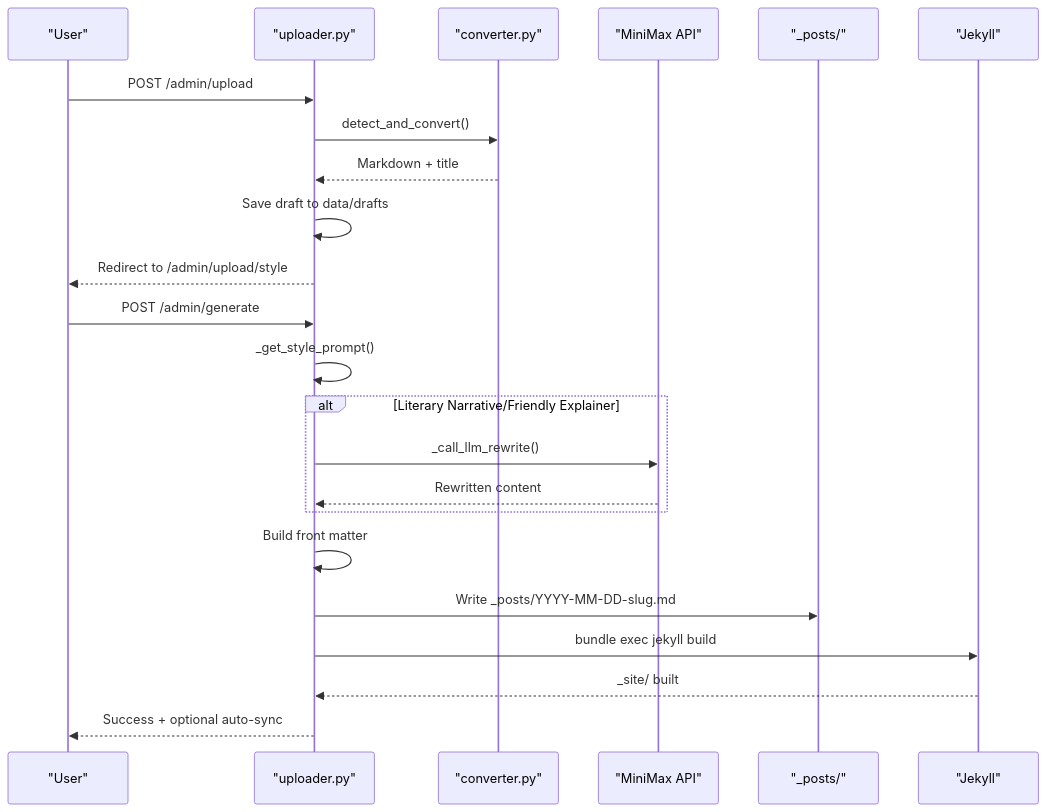
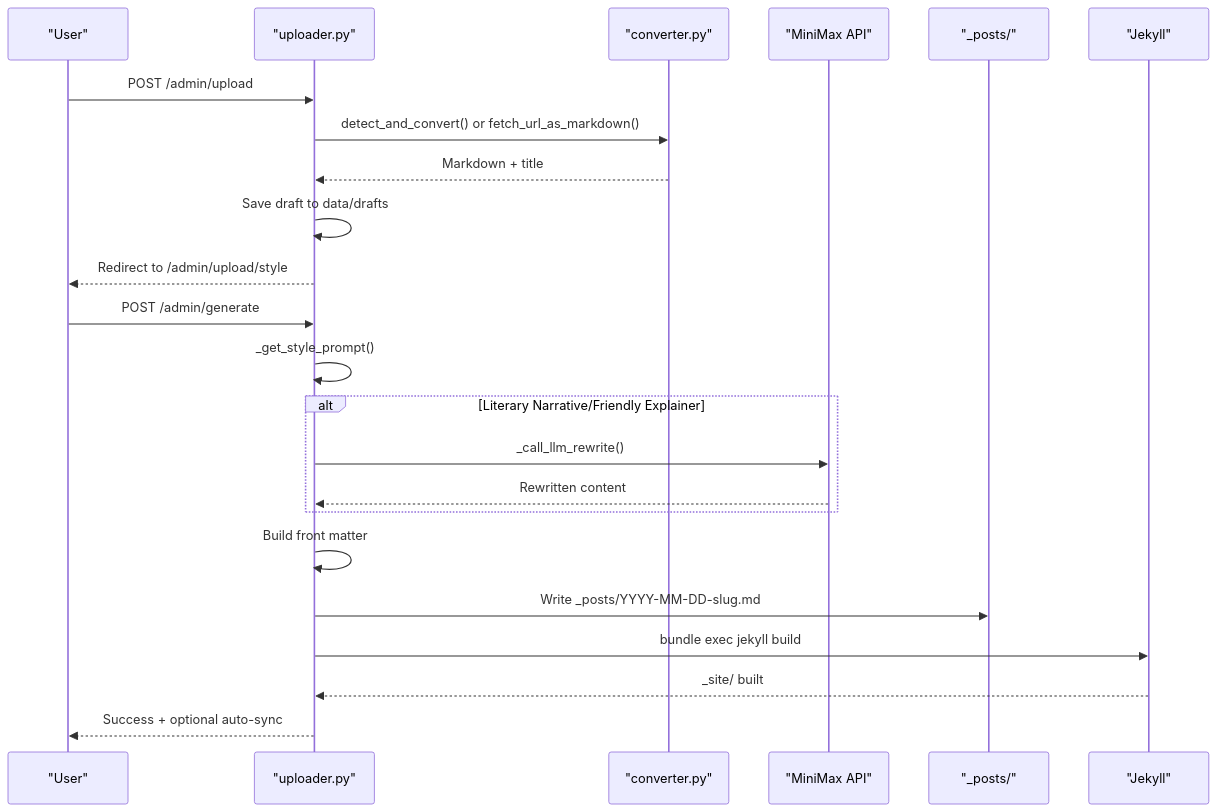
One commit to PolarisW007/PolaZhenJing changed the seventh of 17 diagrams in .qoder/repowiki/en/content/Frontend Application/Article Presentation System/Article Presentation System.md. Above: the diagram before and after it, drawn with Mermaid. The commit also changed other lines of this file and 333 other files, not shown here.

````diff
--- a/.qoder/repowiki/en/content/Frontend Application/Article Presentation System/Article Presentation System.md
+++ b/.qoder/repowiki/en/content/Frontend Application/Article Presentation System/Article Presentation System.md
@@ -304,25 +359,25 @@
 ```mermaid
 sequenceDiagram
 participant U as "User"
 participant UP as "uploader.py"
 participant CV as "converter.py"
 participant LLM as "MiniMax API"
 participant FS as "_posts/"
 participant JE as "Jekyll"
 U->>UP : POST /admin/upload
-UP->>CV : detect_and_convert()
+UP->>CV : detect_and_convert() or fetch_url_as_markdown()
 CV-->>UP : Markdown + title
 UP->>UP : Save draft to data/drafts
 UP-->>U : Redirect to /admin/upload/style
 U->>UP : POST /admin/generate
 UP->>UP : _get_style_prompt()
 alt Literary Narrative/Friendly Explainer
 UP->>LLM : _call_llm_rewrite()
 LLM-->>UP : Rewritten content
 end
 UP->>UP : Build front matter
 UP->>FS : Write _posts/YYYY-MM-DD-slug.md
 UP->>JE : bundle exec jekyll build
 JE-->>UP : _site/ built
 UP-->>U : Success + optional auto-sync
 ```
````
